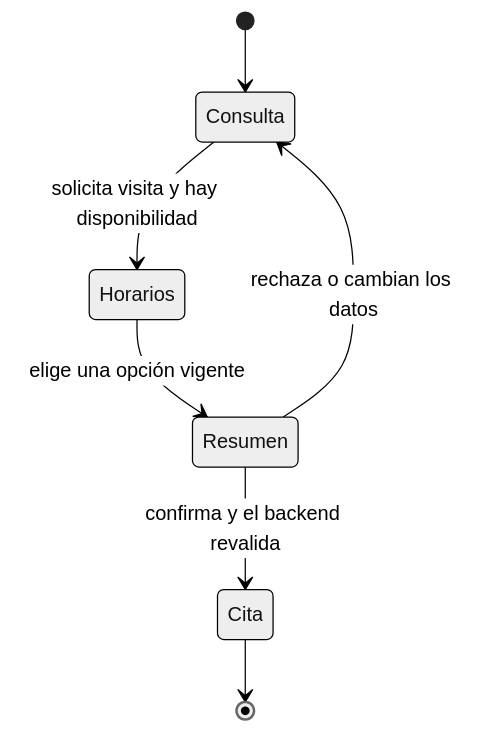
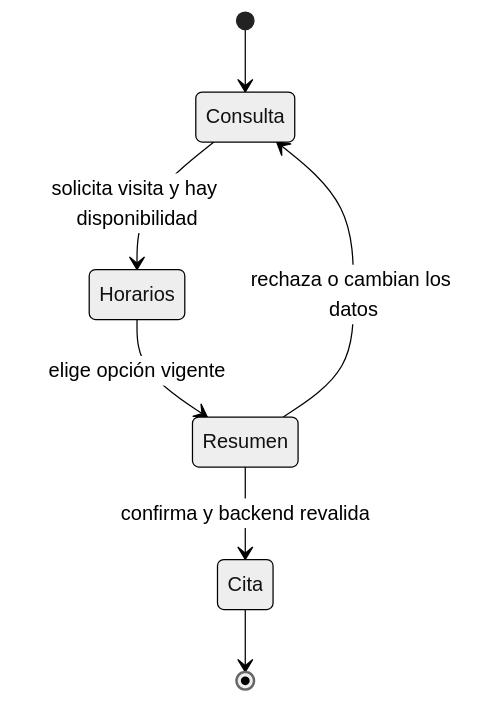
One commit to BlackPenguinAI/BlackPenguin changed the first of 3 diagrams in docs/sales-agent/README.md. Above: the diagram before and after it, drawn with Mermaid (neutral theme). The commit also changed other lines of this file and 18 other files, not shown here.

````diff
--- a/docs/sales-agent/README.md
+++ b/docs/sales-agent/README.md
@@ -48,9 +15,9 @@
 ```mermaid
 stateDiagram-v2
     [*] --> Consulta
     Consulta --> Horarios: solicita visita y hay disponibilidad
-    Horarios --> Resumen: elige una opción vigente
-    Resumen --> Cita: confirma y el backend revalida
+    Horarios --> Resumen: elige opción vigente
+    Resumen --> Cita: confirma y backend revalida
     Resumen --> Consulta: rechaza o cambian los datos
     Cita --> [*]
 ```
````
